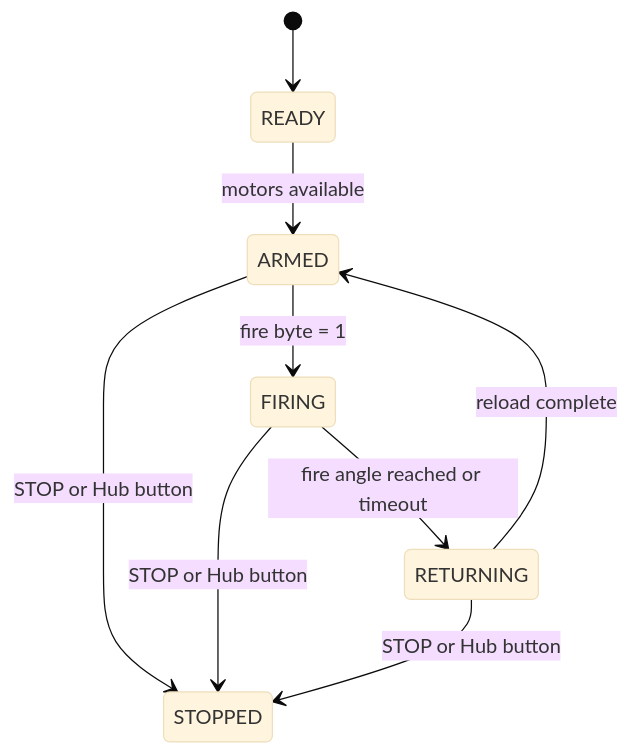
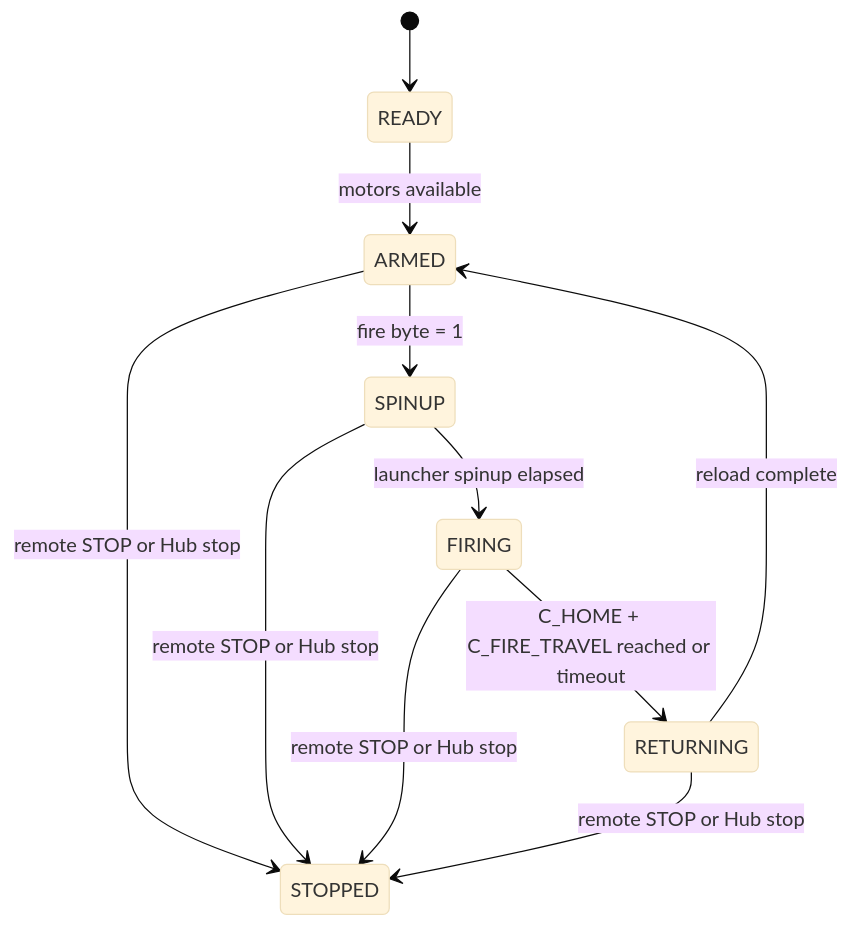
The first of 2 diagrams in docs/STATE_MACHINES.md (orca-svg/CS270_FinalProject), drawn with Mermaid (base theme) before and after one commit. The commit also changed other lines of this file and 13 other files, not shown here.

Commit message:
Harden Gesture-BT fire recovery flow

````diff
--- a/docs/STATE_MACHINES.md
+++ b/docs/STATE_MACHINES.md
@@ -5,11 +5,13 @@
 ```mermaid
 stateDiagram-v2
   [*] --> READY
   READY --> ARMED: motors available
-  ARMED --> FIRING: fire byte = 1
-  FIRING --> RETURNING: fire angle reached or timeout
+  ARMED --> SPINUP: fire byte = 1
+  SPINUP --> FIRING: launcher spinup elapsed
+  FIRING --> RETURNING: C_HOME + C_FIRE_TRAVEL reached or timeout
   RETURNING --> ARMED: reload complete
-  ARMED --> STOPPED: STOP or Hub button
-  FIRING --> STOPPED: STOP or Hub button
-  RETURNING --> STOPPED: STOP or Hub button
+  ARMED --> STOPPED: remote STOP or Hub stop
+  SPINUP --> STOPPED: remote STOP or Hub stop
+  FIRING --> STOPPED: remote STOP or Hub stop
+  RETURNING --> STOPPED: remote STOP or Hub stop
 ```
````
